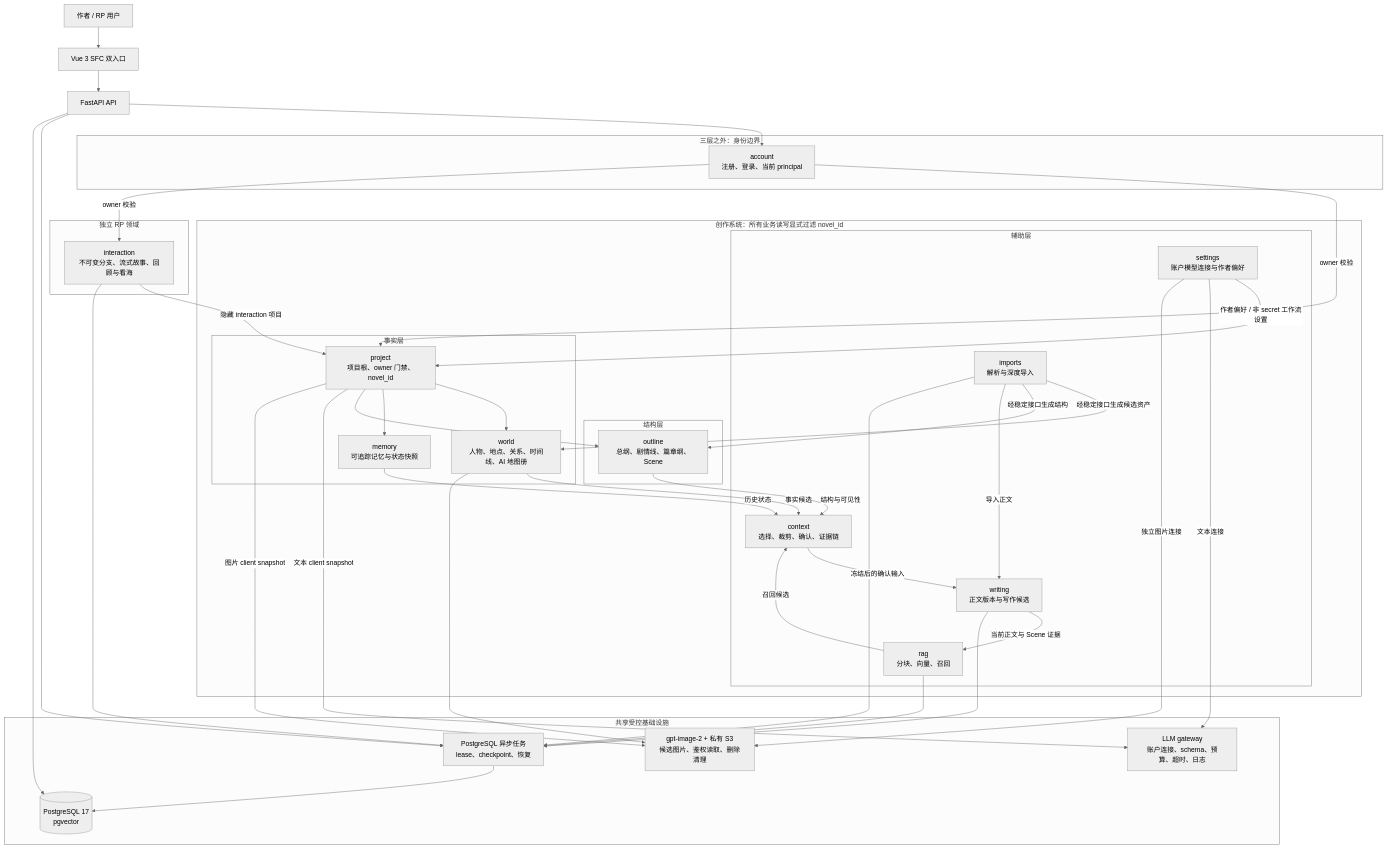
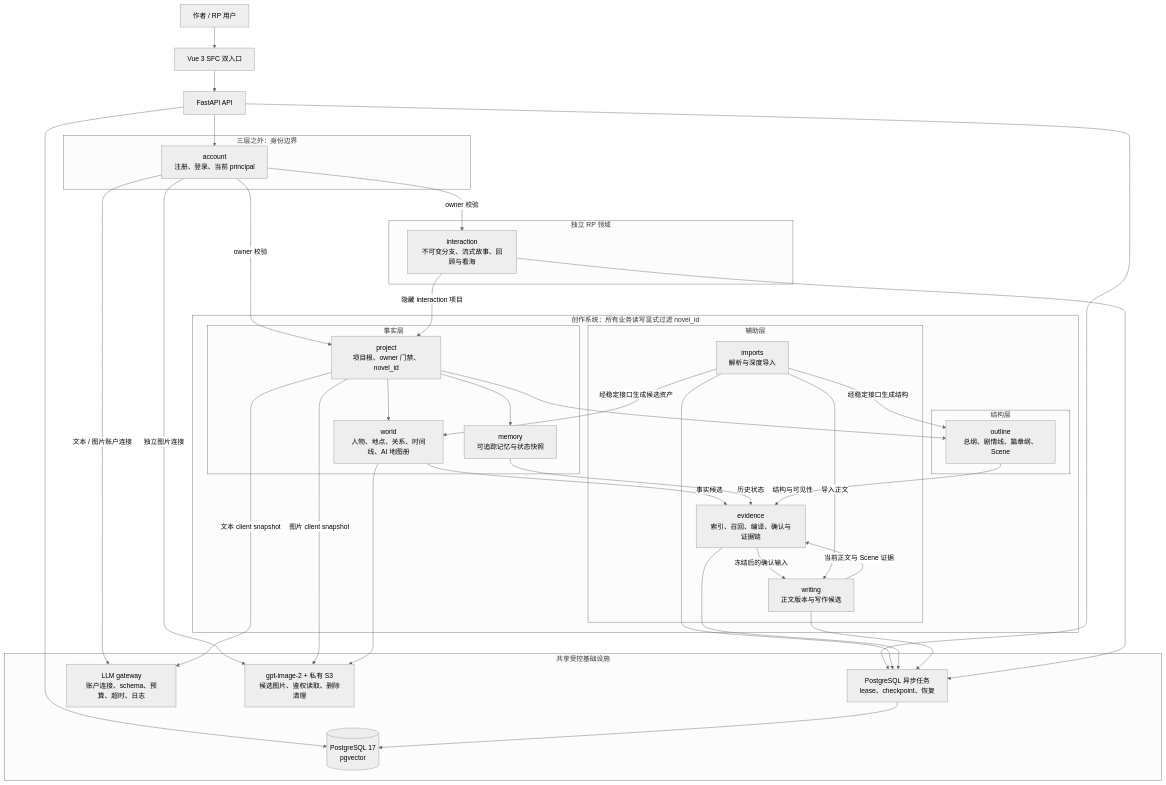
Before and after one commit to FengHuoLinShan/ai-writing-assist: the third of 7 diagrams in README.md, drawn with Mermaid (neutral theme). The commit also changed other lines of this file and 318 other files, not shown here.

Commit message:
refactor: fuse rag and context into evidence

````diff
--- a/README.md
+++ b/README.md
@@ -151,73 +151,69 @@
 ```mermaid
 flowchart TB
     User["作者 / RP 用户"] --> UI["Vue 3 SFC 双入口"]
     UI --> API["FastAPI API"]
 
     subgraph Identity["三层之外：身份边界"]
         Account["account<br/>注册、登录、当前 principal"]
     end
 
     API --> Account
 
     subgraph Creative["创作系统：所有业务读写显式过滤 novel_id"]
         subgraph Facts["事实层"]
             Project["project<br/>项目根、owner 门禁、novel_id"]
             World["world<br/>人物、地点、关系、时间线、AI 地图册"]
             Memory["memory<br/>可追踪记忆与状态快照"]
         end
 
         subgraph Structure["结构层"]
             Outline["outline<br/>总纲、剧情线、篇章纲、Scene"]
         end
 
         subgraph Support["辅助层"]
             Imports["imports<br/>解析与深度导入"]
-            RAG["rag<br/>分块、向量、召回"]
-            Context["context<br/>选择、裁剪、确认、证据链"]
+            Evidence["evidence<br/>索引、召回、编译、确认与证据链"]
             Writing["writing<br/>正文版本与写作候选"]
-            Settings["settings<br/>账户模型连接与作者偏好"]
         end
     end
 
     subgraph RP["独立 RP 领域"]
         Interaction["interaction<br/>不可变分支、流式故事、回顾与看海"]
     end
 
     Account -->|"owner 校验"| Project
     Account -->|"owner 校验"| Interaction
     Interaction -->|"隐藏 interaction 项目"| Project
     Project --> World
     Project --> Memory
     Project --> Outline
 
-    Writing -->|"当前正文与 Scene 证据"| RAG
-    World -->|"事实候选"| Context
-    Memory -->|"历史状态"| Context
-    Outline -->|"结构与可见性"| Context
-    RAG -->|"召回候选"| Context
-    Context -->|"冻结后的确认输入"| Writing
+    Writing -->|"当前正文与 Scene 证据"| Evidence
+    World -->|"事实候选"| Evidence
+    Memory -->|"历史状态"| Evidence
+    Outline -->|"结构与可见性"| Evidence
+    Evidence -->|"冻结后的确认输入"| Writing
     Imports -->|"经稳定接口生成候选资产"| World
     Imports -->|"经稳定接口生成结构"| Outline
     Imports -->|"导入正文"| Writing
-    Settings -->|"作者偏好 / 非 secret 工作流设置"| Project
 
     subgraph Platform["共享受控基础设施"]
         Tasks["PostgreSQL 异步任务<br/>lease、checkpoint、恢复"]
         LLM["LLM gateway<br/>账户连接、schema、预算、超时、日志"]
         Images["gpt-image-2 + 私有 S3<br/>候选图片、鉴权读取、删除清理"]
         DB[("PostgreSQL 17<br/>pgvector")]
     end
 
     API --> Tasks
     Imports --> Tasks
-    RAG --> Tasks
+    Evidence --> Tasks
     Writing --> Tasks
     Interaction --> Tasks
-    Settings -->|"文本连接"| LLM
-    Settings -->|"独立图片连接"| Images
+    Account -->|"文本 / 图片账户连接"| LLM
+    Account -->|"独立图片连接"| Images
     Project -->|"文本 client snapshot"| LLM
     Project -->|"图片 client snapshot"| Images
     World --> Images
     API --> DB
     Tasks --> DB
 ```
````
